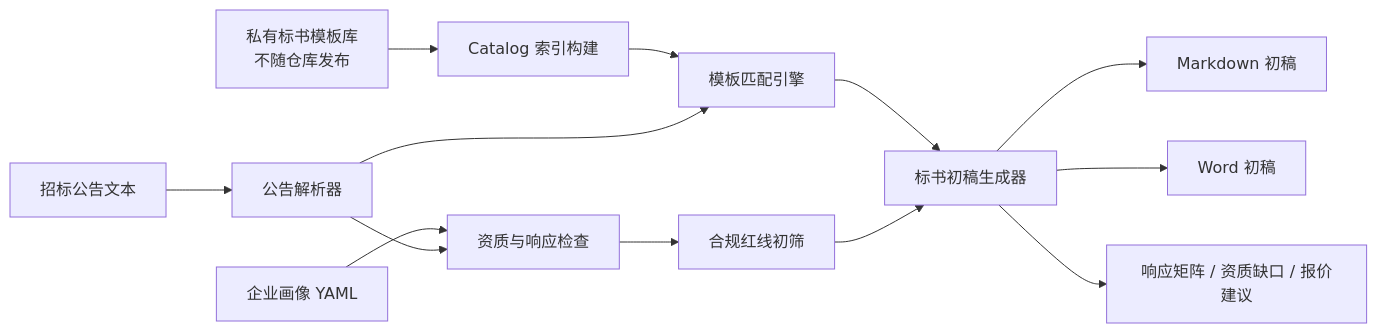
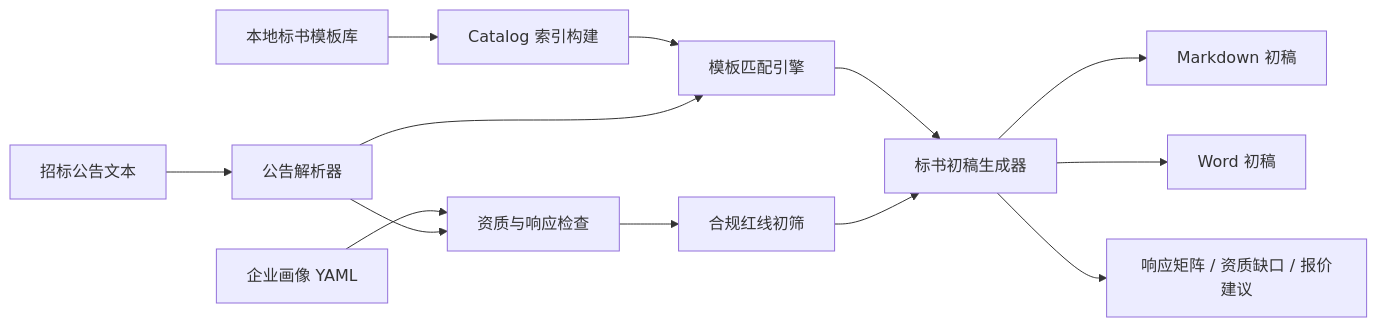
Before and after one commit to FightingThrones/tender-bid-assistant: the first of 2 diagrams in README.md, drawn with Mermaid. The commit also changed other lines of this file and 4 other files, not shown here.

````diff
--- a/README.md
+++ b/README.md
@@ -92,15 +96,15 @@
 ```mermaid
 flowchart LR
     A["招标公告文本"] --> B["公告解析器"]
     C["企业画像 YAML"] --> D["资质与响应检查"]
-    E["私有标书模板库<br/>不随仓库发布"] --> F["Catalog 索引构建"]
+    E["本地标书模板库"] --> F["Catalog 索引构建"]
     F --> G["模板匹配引擎"]
     B --> G
     B --> D
     D --> H["合规红线初筛"]
     G --> I["标书初稿生成器"]
     H --> I
     I --> J["Markdown 初稿"]
     I --> K["Word 初稿"]
     I --> L["响应矩阵 / 资质缺口 / 报价建议"]
 ```
````
